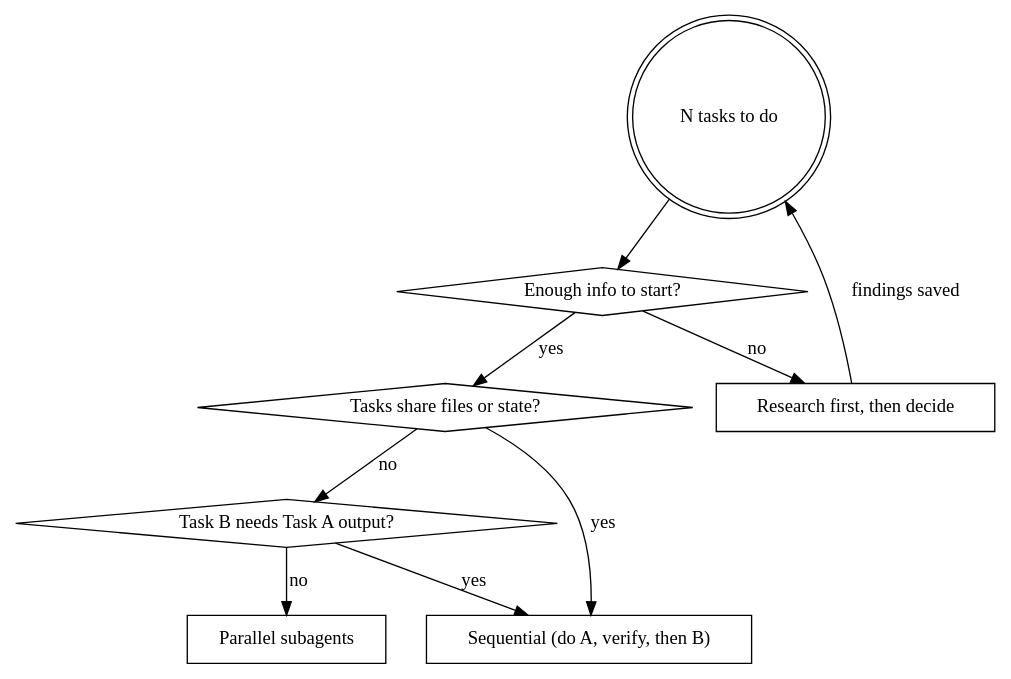
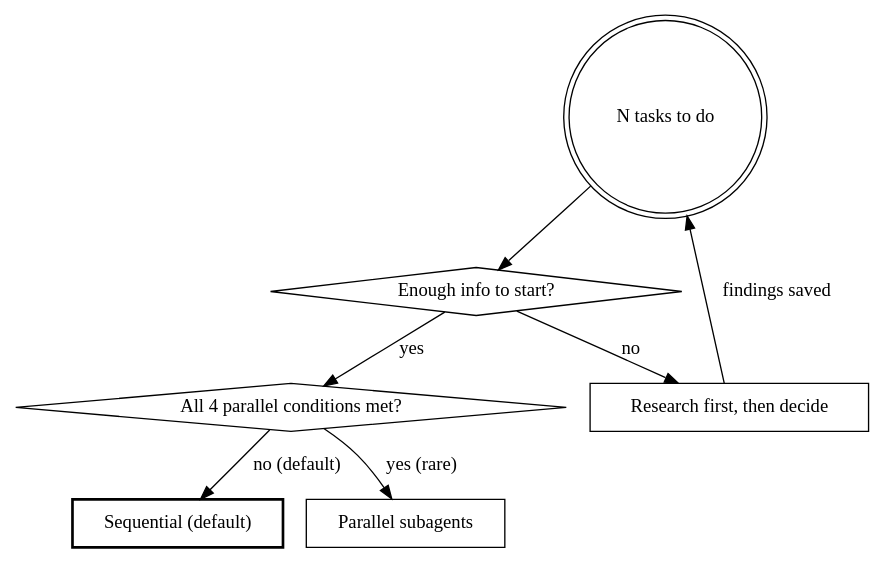
The diagram in skills/delegation-intelligence/SKILL.md (shynlee04/hivemind-plugin), drawn with Graphviz before and after one commit. The commit also changed other lines of this file and 36 other files, not shown here.

First line of the commit message:
docs(hivemind-v3): consolidate master roadmap with detailed 31-story breakdown

````diff
--- a/skills/delegation-intelligence/SKILL.md
+++ b/skills/delegation-intelligence/SKILL.md
@@ -25,20 +85,17 @@
 ```dot
 digraph delegation {
     "N tasks to do" [shape=doublecircle];
-    "Tasks share files or state?" [shape=diamond];
-    "Task B needs Task A output?" [shape=diamond];
+    "All 4 parallel conditions met?" [shape=diamond];
+    "Sequential (default)" [shape=box, style=bold, penwidth=2];
     "Parallel subagents" [shape=box];
-    "Sequential (do A, verify, then B)" [shape=box];
     "Research first, then decide" [shape=box];
     "Enough info to start?" [shape=diamond];
 
     "N tasks to do" -> "Enough info to start?";
     "Enough info to start?" -> "Research first, then decide" [label="no"];
     "Research first, then decide" -> "N tasks to do" [label="findings saved"];
-    "Enough info to start?" -> "Tasks share files or state?" [label="yes"];
-    "Tasks share files or state?" -> "Sequential (do A, verify, then B)" [label="yes"];
-    "Tasks share files or state?" -> "Task B needs Task A output?" [label="no"];
-    "Task B needs Task A output?" -> "Sequential (do A, verify, then B)" [label="yes"];
-    "Task B needs Task A output?" -> "Parallel subagents" [label="no"];
+    "Enough info to start?" -> "All 4 parallel conditions met?" [label="yes"];
+    "All 4 parallel conditions met?" -> "Sequential (default)" [label="no (default)"];
+    "All 4 parallel conditions met?" -> "Parallel subagents" [label="yes (rare)"];
 }
 ```
````
